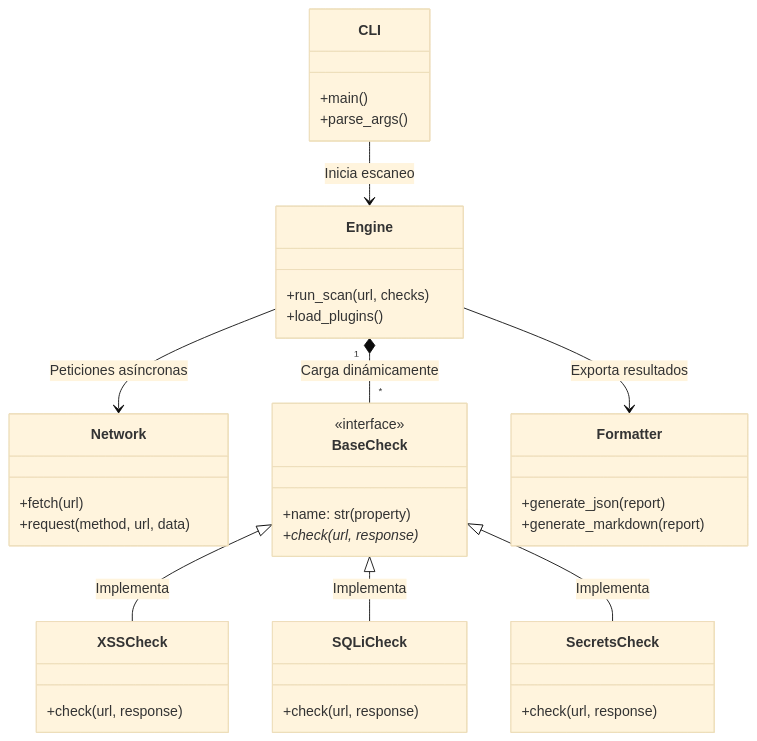
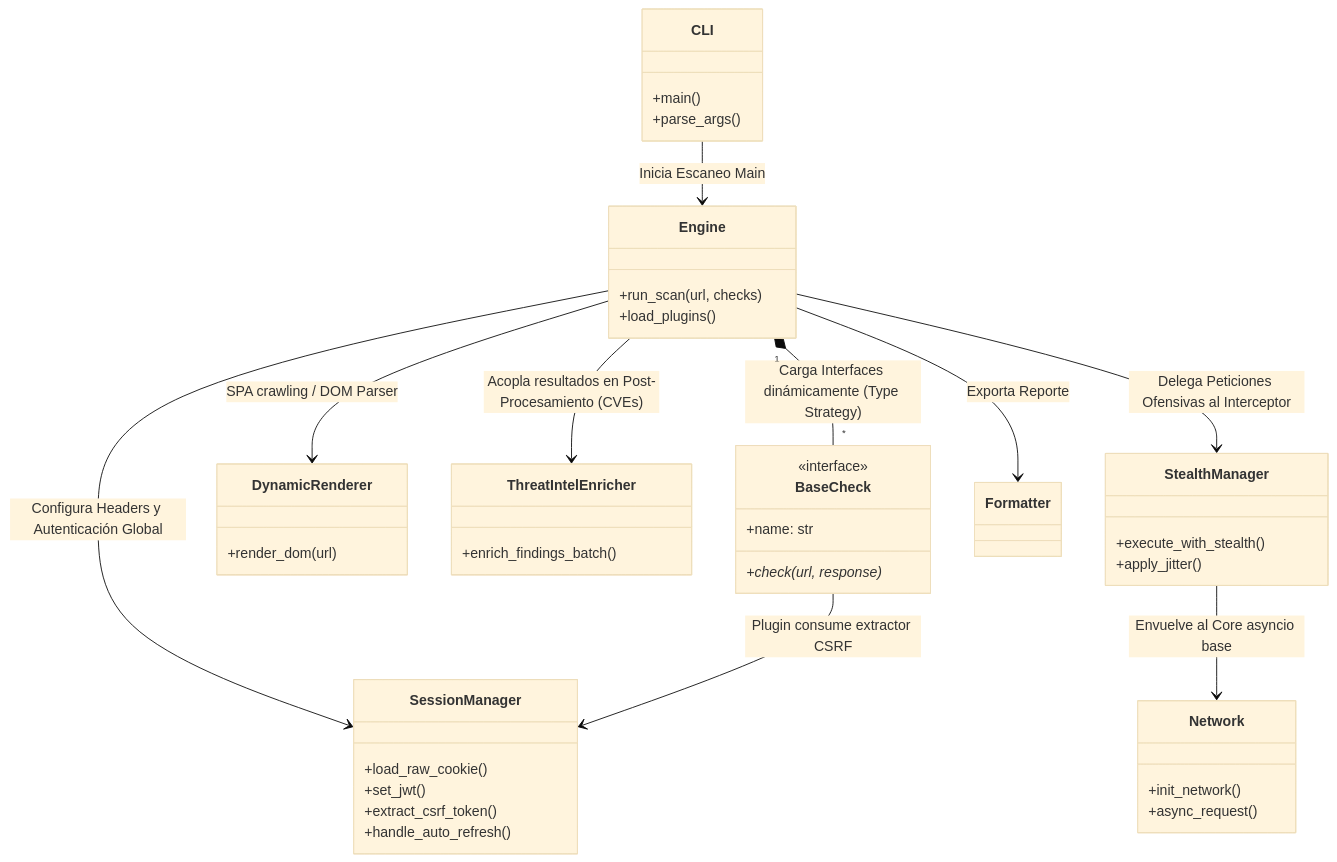
Before and after one commit to George230297/WebVulnScanner: the diagram in README.md, drawn with Mermaid (base theme). The commit also changed other lines of this file and 6 other files, not shown here.

````diff
--- a/README.md
+++ b/README.md
@@ -197,41 +108,46 @@
 ```mermaid
 classDiagram
     class CLI {
         +main()
         +parse_args()
     }
     class Engine {
         +run_scan(url, checks)
         +load_plugins()
     }
+    class StealthManager {
+        +execute_with_stealth()
+        +apply_jitter()
+    }
+    class SessionManager {
+        +load_raw_cookie()
+        +set_jwt()
+        +extract_csrf_token()
+        +handle_auto_refresh()
+    }
     class Network {
-        +fetch(url)
-        +request(method, url, data)
+        +init_network()
+        +async_request()
+    }
+    class DynamicRenderer {
+        +render_dom(url)
+    }
+    class ThreatIntelEnricher {
+        +enrich_findings_batch()
     }
     class BaseCheck {
         <<interface>>
-        +name: str (property)
+        +name: str
         +check(url, response)*
     }
-    class XSSCheck {
-        +check(url, response)
-    }
-    class SQLiCheck {
-        +check(url, response)
-    }
-    class SecretsCheck {
-        +check(url, response)
-    }
-    class Formatter {
-        +generate_json(report)
-        +generate_markdown(report)
-    }
 
-    CLI --> Engine : Inicia escaneo
-    Engine --> Network : Peticiones asíncronas
-    Engine "1" *-- "*" BaseCheck : Carga dinámicamente
-    Engine --> Formatter : Exporta resultados
-    BaseCheck <|-- XSSCheck : Implementa
-    BaseCheck <|-- SQLiCheck : Implementa
-    BaseCheck <|-- SecretsCheck : Implementa
+    CLI --> Engine : Inicia Escaneo Main
+    Engine --> SessionManager : Configura Headers y Autenticación Global
+    Engine --> StealthManager : Delega Peticiones Ofensivas al Interceptor
+    StealthManager --> Network : Envuelve al Core asyncio base  
+    Engine --> DynamicRenderer : SPA crawling / DOM Parser
+    Engine "1" *-- "*" BaseCheck : Carga Interfaces dinámicamente (Type Strategy)
+    BaseCheck --> SessionManager : Plugin consume extractor CSRF
+    Engine --> ThreatIntelEnricher : Acopla resultados en Post-Procesamiento (CVEs)
+    Engine --> Formatter : Exporta Reporte
 ```
````
